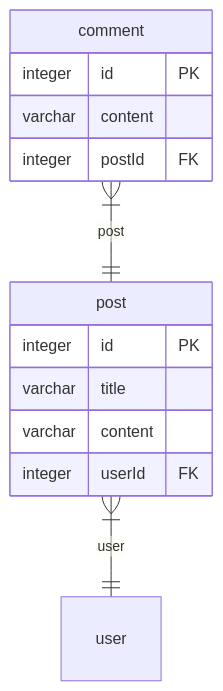
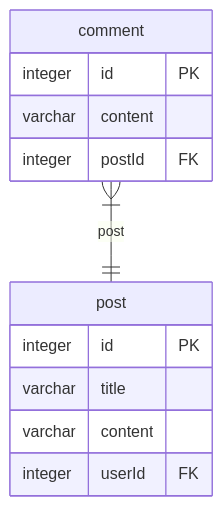
The first of 2 diagrams in erd.md (hermin9804/typeorm-markdown-generator), drawn with Mermaid before and after one commit. The commit also changed 5 other files, not shown here.

````diff
--- a/erd.md
+++ b/erd.md
@@ -7,16 +7,15 @@
 ```mermaid
 erDiagram
   comment {
     integer id PK
     varchar content
     integer postId FK
   }
   post {
     integer id PK
     varchar title
     varchar content
     integer userId FK
   }
   comment }|--|| post: post
-  post }|--|| user: user
 ```
````
